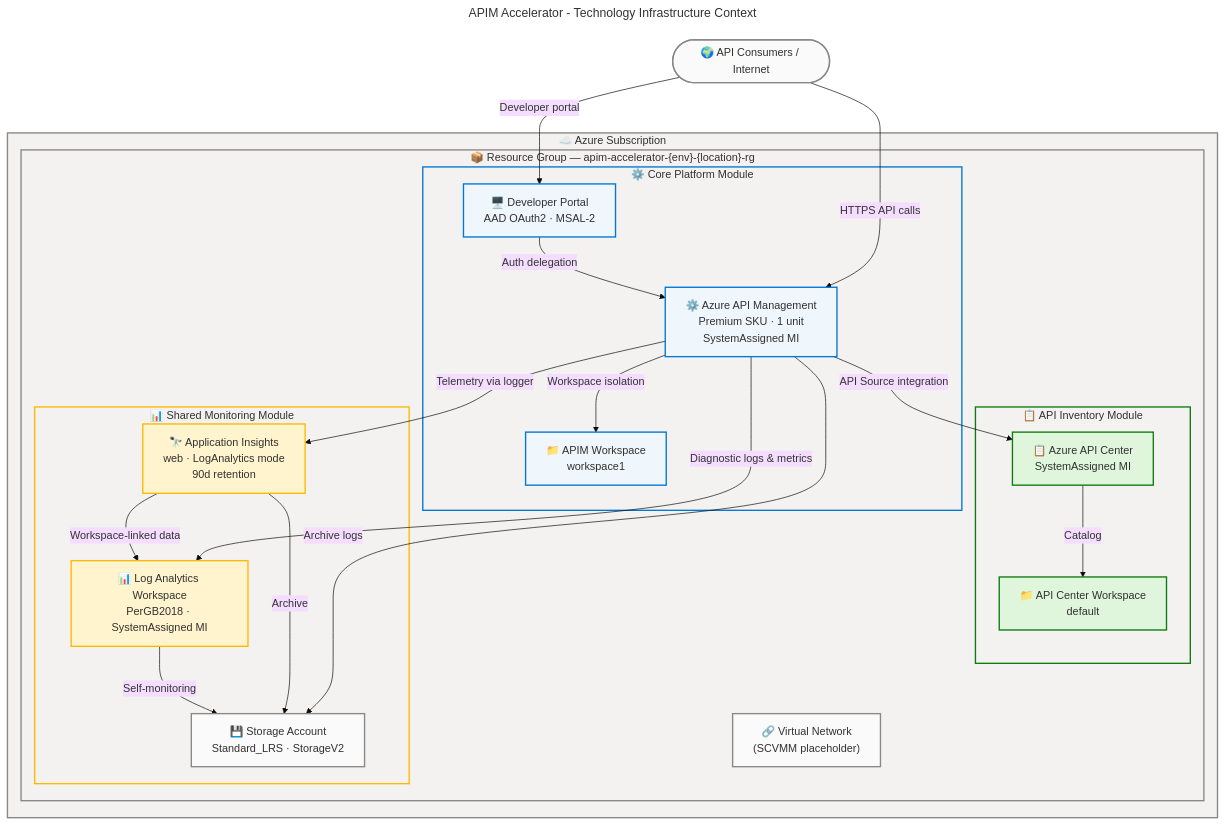
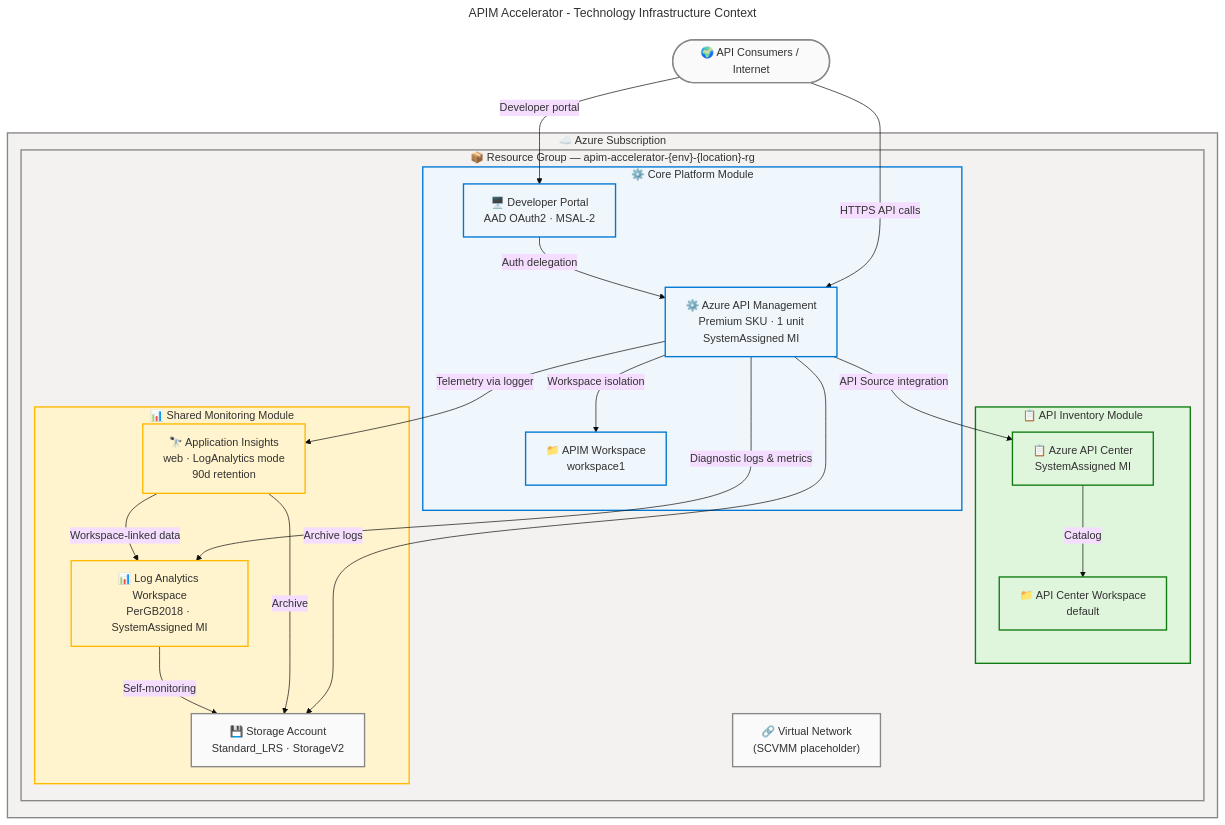
Before and after one commit to Evilazaro/APIM-Accelerator: the first of 2 diagrams in docs/architecture/technology-architecture.md, drawn with Mermaid. The commit also changed 2 other files, not shown here.

Commit message:
style: update flowchart colors for consistency and improved clarity across architecture documentation

````diff
--- a/docs/architecture/technology-architecture.md
+++ b/docs/architecture/technology-architecture.md
@@ -277,79 +277,79 @@
 ```mermaid
 ---
 title: "APIM Accelerator - Technology Infrastructure Context"
 config:
   theme: base
   look: classic
   layout: dagre
   themeVariables:
     fontSize: '16px'
   flowchart:
     htmlLabels: true
 ---
 flowchart TB
     accTitle: APIM Accelerator Technology Infrastructure Context
     accDescr: Shows all 23 Azure technology components organized within the resource group and their primary connectivity relationships
 
     %% ═══════════════════════════════════════════════════════════════════════════
     %% AZURE / FLUENT ARCHITECTURE PATTERN v1.1
     %% (Semantic + Structural + Font + Accessibility Governance)
     %% ═══════════════════════════════════════════════════════════════════════════
     %% PHASE 1 - FLUENT UI: All styling uses approved Fluent UI palette only
     %% PHASE 2 - GROUPS: Every subgraph has semantic color via style directive
     %% PHASE 3 - COMPONENTS: Every node has semantic classDef + icon prefix
     %% PHASE 4 - ACCESSIBILITY: accTitle/accDescr present, WCAG AA contrast
     %% PHASE 5 - STANDARD: Governance block present, classDefs centralized
     %% ═══════════════════════════════════════════════════════════════════════════
 
     Internet(["🌍 API Consumers / Internet"]):::neutral
 
     subgraph AzSub["☁️ Azure Subscription"]
         subgraph RG["📦 Resource Group — apim-accelerator-{env}-{location}-rg"]
 
             subgraph CorePlatform["⚙️ Core Platform Module"]
                 APIM["⚙️ Azure API Management\nPremium SKU · 1 unit\nSystemAssigned MI"]:::core
                 DevPortal["🖥️ Developer Portal\nAAD OAuth2 · MSAL-2"]:::core
                 WS["📁 APIM Workspace\nworkspace1"]:::core
             end
 
             subgraph Inventory["📋 API Inventory Module"]
                 APICenter["📋 Azure API Center\nSystemAssigned MI"]:::success
                 APICWorkspace["📁 API Center Workspace\ndefault"]:::success
             end
 
             subgraph SharedMon["📊 Shared Monitoring Module"]
                 LAW["📊 Log Analytics Workspace\nPerGB2018 · SystemAssigned MI"]:::warning
                 AppIns["🔭 Application Insights\nweb · LogAnalytics mode\n90d retention"]:::warning
                 StorageAcct["💾 Storage Account\nStandard_LRS · StorageV2"]:::neutral
             end
 
             VNet["🔗 Virtual Network\n(SCVMM placeholder)"]:::neutral
         end
     end
 
     Internet -->|HTTPS API calls| APIM
     Internet -->|Developer portal| DevPortal
     DevPortal -->|Auth delegation| APIM
     APIM -->|Workspace isolation| WS
     APIM -->|API Source integration| APICenter
     APICenter -->|Catalog| APICWorkspace
     APIM -->|Diagnostic logs & metrics| LAW
     APIM -->|Telemetry via logger| AppIns
     APIM -->|Archive logs| StorageAcct
     AppIns -->|Workspace-linked data| LAW
     AppIns -->|Archive| StorageAcct
     LAW -->|Self-monitoring| StorageAcct
 
     %% Centralized classDefs — AZURE/FLUENT v1.1 canonical palette — WCAG AA compliant
     classDef core fill:#EFF6FC,stroke:#0078D4,stroke-width:2px,color:#323130
     classDef success fill:#DFF6DD,stroke:#107C10,stroke-width:2px,color:#323130
     classDef warning fill:#FFF4CE,stroke:#FFB900,stroke-width:2px,color:#323130
     classDef neutral fill:#FAFAFA,stroke:#8A8886,stroke-width:2px,color:#323130
 
     %% Subgraph styling (no class directive on subgraphs — use style)
     style AzSub fill:#F3F2F1,stroke:#8A8886,stroke-width:2px,color:#323130
     style RG fill:#F3F2F1,stroke:#8A8886,stroke-width:2px,color:#323130
-    style CorePlatform fill:#F3F2F1,stroke:#0078D4,stroke-width:2px,color:#323130
-    style Inventory fill:#F3F2F1,stroke:#107C10,stroke-width:2px,color:#323130
-    style SharedMon fill:#F3F2F1,stroke:#FFB900,stroke-width:2px,color:#323130
+    style CorePlatform fill:#EFF6FC,stroke:#0078D4,stroke-width:2px,color:#323130
+    style Inventory fill:#DFF6DD,stroke:#107C10,stroke-width:2px,color:#323130
+    style SharedMon fill:#FFF4CE,stroke:#FFB900,stroke-width:2px,color:#323130
 ```
````
